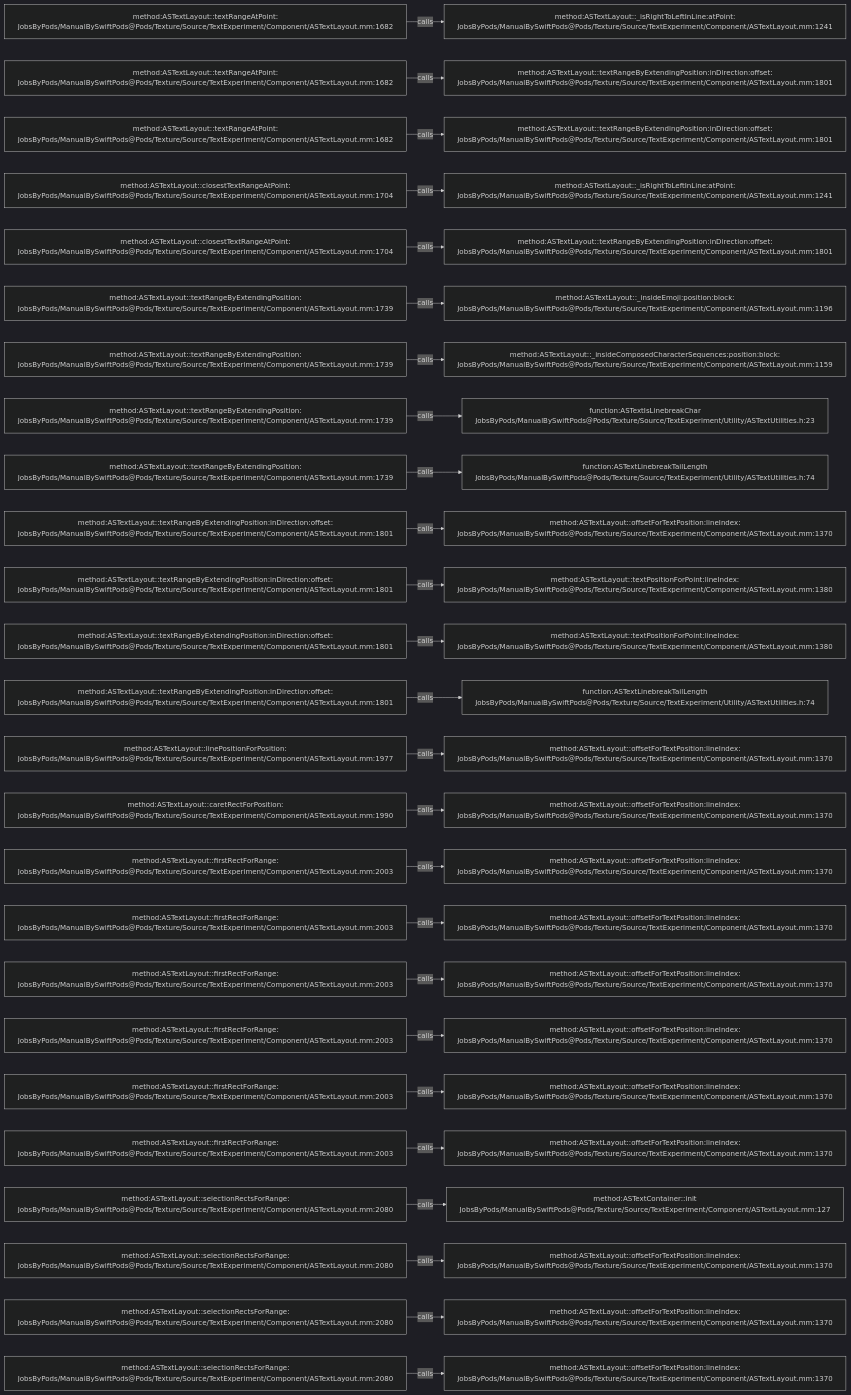
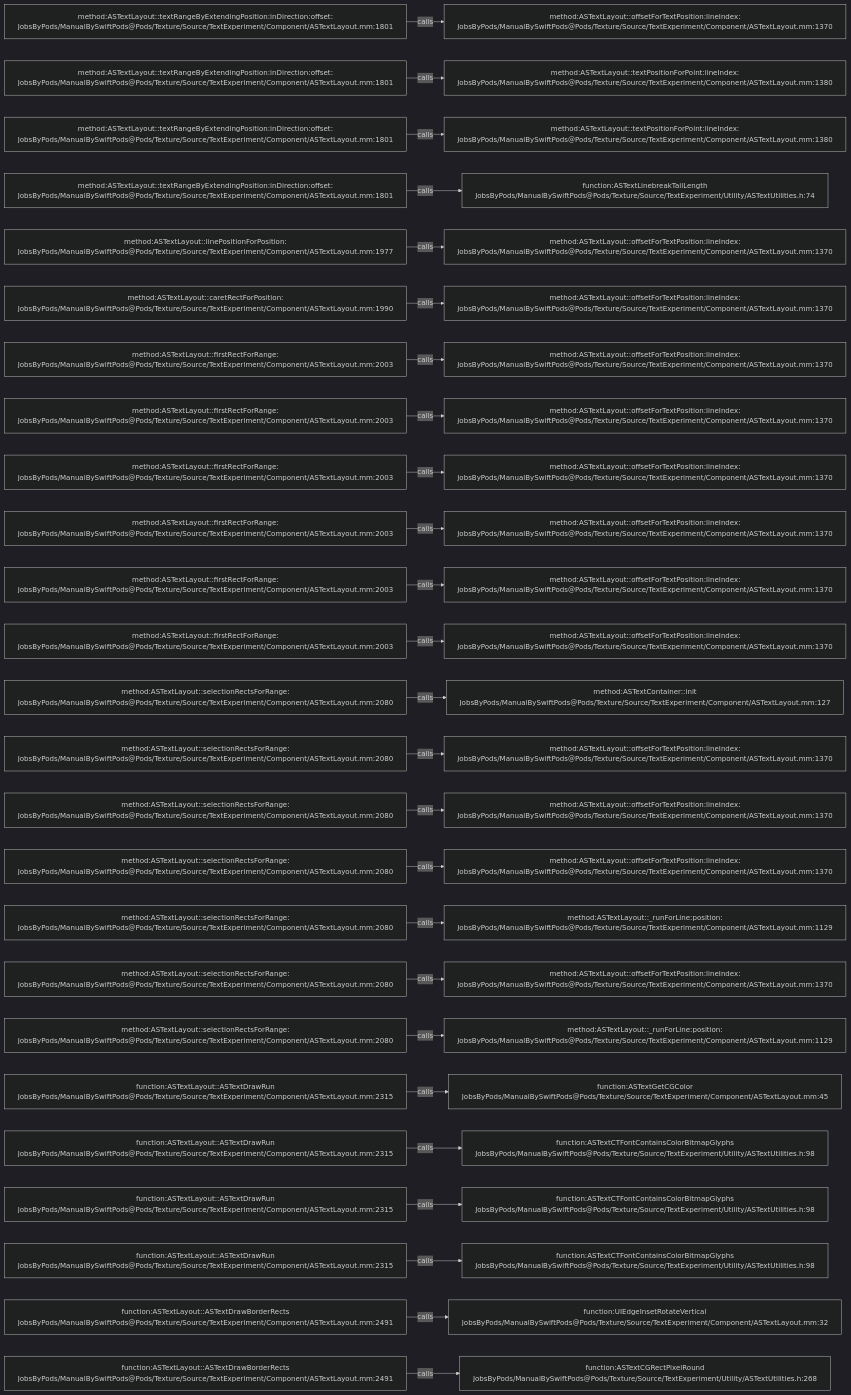
The diagram in .codegraph/codegraph.md/graphs/calls-134.md (JobsKits/JobsSwiftBaseConfigDemo), drawn with Mermaid (dark theme) before and after one commit. The commit also changed 707 other files, not shown here.

````diff
--- a/.codegraph/codegraph.md/graphs/calls-134.md
+++ b/.codegraph/codegraph.md/graphs/calls-134.md
@@ -13,78 +13,78 @@
 ```mermaid
 flowchart LR
-  S1["method:ASTextLayout::textRangeAtPoint:<br/>JobsByPods/ManualBySwiftPods@Pods/Texture/Source/TextExperiment/Component/ASTextLayout.mm:1682"]
-  T1["method:ASTextLayout::_isRightToLeftInLine:atPoint:<br/>JobsByPods/ManualBySwiftPods@Pods/Texture/Source/TextExperiment/Component/ASTextLayout.mm:1241"]
+  S1["method:ASTextLayout::textRangeByExtendingPosition:inDirection:offset:<br/>JobsByPods/ManualBySwiftPods@Pods/Texture/Source/TextExperiment/Component/ASTextLayout.mm:1801"]
+  T1["method:ASTextLayout::offsetForTextPosition:lineIndex:<br/>JobsByPods/ManualBySwiftPods@Pods/Texture/Source/TextExperiment/Component/ASTextLayout.mm:1370"]
   S1 -->|calls| T1
-  S2["method:ASTextLayout::textRangeAtPoint:<br/>JobsByPods/ManualBySwiftPods@Pods/Texture/Source/TextExperiment/Component/ASTextLayout.mm:1682"]
-  T2["method:ASTextLayout::textRangeByExtendingPosition:inDirection:offset:<br/>JobsByPods/ManualBySwiftPods@Pods/Texture/Source/TextExperiment/Component/ASTextLayout.mm:1801"]
+  S2["method:ASTextLayout::textRangeByExtendingPosition:inDirection:offset:<br/>JobsByPods/ManualBySwiftPods@Pods/Texture/Source/TextExperiment/Component/ASTextLayout.mm:1801"]
+  T2["method:ASTextLayout::textPositionForPoint:lineIndex:<br/>JobsByPods/ManualBySwiftPods@Pods/Texture/Source/TextExperiment/Component/ASTextLayout.mm:1380"]
   S2 -->|calls| T2
-  S3["method:ASTextLayout::textRangeAtPoint:<br/>JobsByPods/ManualBySwiftPods@Pods/Texture/Source/TextExperiment/Component/ASTextLayout.mm:1682"]
-  T3["method:ASTextLayout::textRangeByExtendingPosition:inDirection:offset:<br/>JobsByPods/ManualBySwiftPods@Pods/Texture/Source/TextExperiment/Component/ASTextLayout.mm:1801"]
+  S3["method:ASTextLayout::textRangeByExtendingPosition:inDirection:offset:<br/>JobsByPods/ManualBySwiftPods@Pods/Texture/Source/TextExperiment/Component/ASTextLayout.mm:1801"]
+  T3["method:ASTextLayout::textPositionForPoint:lineIndex:<br/>JobsByPods/ManualBySwiftPods@Pods/Texture/Source/TextExperiment/Component/ASTextLayout.mm:1380"]
   S3 -->|calls| T3
-  S4["method:ASTextLayout::closestTextRangeAtPoint:<br/>JobsByPods/ManualBySwiftPods@Pods/Texture/Source/TextExperiment/Component/ASTextLayout.mm:1704"]
-  T4["method:ASTextLayout::_isRightToLeftInLine:atPoint:<br/>JobsByPods/ManualBySwiftPods@Pods/Texture/Source/TextExperiment/Component/ASTextLayout.mm:1241"]
+  S4["method:ASTextLayout::textRangeByExtendingPosition:inDirection:offset:<br/>JobsByPods/ManualBySwiftPods@Pods/Texture/Source/TextExperiment/Component/ASTextLayout.mm:1801"]
+  T4["function:ASTextLinebreakTailLength<br/>JobsByPods/ManualBySwiftPods@Pods/Texture/Source/TextExperiment/Utility/ASTextUtilities.h:74"]
   S4 -->|calls| T4
-  S5["method:ASTextLayout::closestTextRangeAtPoint:<br/>JobsByPods/ManualBySwiftPods@Pods/Texture/Source/TextExperiment/Component/ASTextLayout.mm:1704"]
-  T5["method:ASTextLayout::textRangeByExtendingPosition:inDirection:offset:<br/>JobsByPods/ManualBySwiftPods@Pods/Texture/Source/TextExperiment/Component/ASTextLayout.mm:1801"]
+  S5["method:ASTextLayout::linePositionForPosition:<br/>JobsByPods/ManualBySwiftPods@Pods/Texture/Source/TextExperiment/Component/ASTextLayout.mm:1977"]
+  T5["method:ASTextLayout::offsetForTextPosition:lineIndex:<br/>JobsByPods/ManualBySwiftPods@Pods/Texture/Source/TextExperiment/Component/ASTextLayout.mm:1370"]
   S5 -->|calls| T5
-  S6["method:ASTextLayout::textRangeByExtendingPosition:<br/>JobsByPods/ManualBySwiftPods@Pods/Texture/Source/TextExperiment/Component/ASTextLayout.mm:1739"]
-  T6["method:ASTextLayout::_insideEmoji:position:block:<br/>JobsByPods/ManualBySwiftPods@Pods/Texture/Source/TextExperiment/Component/ASTextLayout.mm:1196"]
+  S6["method:ASTextLayout::caretRectForPosition:<br/>JobsByPods/ManualBySwiftPods@Pods/Texture/Source/TextExperiment/Component/ASTextLayout.mm:1990"]
+  T6["method:ASTextLayout::offsetForTextPosition:lineIndex:<br/>JobsByPods/ManualBySwiftPods@Pods/Texture/Source/TextExperiment/Component/ASTextLayout.mm:1370"]
   S6 -->|calls| T6
-  S7["method:ASTextLayout::textRangeByExtendingPosition:<br/>JobsByPods/ManualBySwiftPods@Pods/Texture/Source/TextExperiment/Component/ASTextLayout.mm:1739"]
-  T7["method:ASTextLayout::_insideComposedCharacterSequences:position:block:<br/>JobsByPods/ManualBySwiftPods@Pods/Texture/Source/TextExperiment/Component/ASTextLayout.mm:1159"]
+  S7["method:ASTextLayout::firstRectForRange:<br/>JobsByPods/ManualBySwiftPods@Pods/Texture/Source/TextExperiment/Component/ASTextLayout.mm:2003"]
+  T7["method:ASTextLayout::offsetForTextPosition:lineIndex:<br/>JobsByPods/ManualBySwiftPods@Pods/Texture/Source/TextExperiment/Component/ASTextLayout.mm:1370"]
   S7 -->|calls| T7
-  S8["method:ASTextLayout::textRangeByExtendingPosition:<br/>JobsByPods/ManualBySwiftPods@Pods/Texture/Source/TextExperiment/Component/ASTextLayout.mm:1739"]
-  T8["function:ASTextIsLinebreakChar<br/>JobsByPods/ManualBySwiftPods@Pods/Texture/Source/TextExperiment/Utility/ASTextUtilities.h:23"]
+  S8["method:ASTextLayout::firstRectForRange:<br/>JobsByPods/ManualBySwiftPods@Pods/Texture/Source/TextExperiment/Component/ASTextLayout.mm:2003"]
+  T8["method:ASTextLayout::offsetForTextPosition:lineIndex:<br/>JobsByPods/ManualBySwiftPods@Pods/Texture/Source/TextExperiment/Component/ASTextLayout.mm:1370"]
   S8 -->|calls| T8
-  S9["method:ASTextLayout::textRangeByExtendingPosition:<br/>JobsByPods/ManualBySwiftPods@Pods/Texture/Source/TextExperiment/Component/ASTextLayout.mm:1739"]
-  T9["function:ASTextLinebreakTailLength<br/>JobsByPods/ManualBySwiftPods@Pods/Texture/Source/TextExperiment/Utility/ASTextUtilities.h:74"]
+  S9["method:ASTextLayout::firstRectForRange:<br/>JobsByPods/ManualBySwiftPods@Pods/Texture/Source/TextExperiment/Component/ASTextLayout.mm:2003"]
+  T9["method:ASTextLayout::offsetForTextPosition:lineIndex:<br/>JobsByPods/ManualBySwiftPods@Pods/Texture/Source/TextExperiment/Component/ASTextLayout.mm:1370"]
   S9 -->|calls| T9
-  S10["method:ASTextLayout::textRangeByExtendingPosition:inDirection:offset:<br/>JobsByPods/ManualBySwiftPods@Pods/Texture/Source/TextExperiment/Component/ASTextLayout.mm:1801"]
+  S10["method:ASTextLayout::firstRectForRange:<br/>JobsByPods/ManualBySwiftPods@Pods/Texture/Source/TextExperiment/Component/ASTextLayout.mm:2003"]
   T10["method:ASTextLayout::offsetForTextPosition:lineIndex:<br/>JobsByPods/ManualBySwiftPods@Pods/Texture/Source/TextExperiment/Component/ASTextLayout.mm:1370"]
   S10 -->|calls| T10
-  S11["method:ASTextLayout::textRangeByExtendingPosition:inDirection:offset:<br/>JobsByPods/ManualBySwiftPods@Pods/Texture/Source/TextExperiment/Component/ASTextLayout.mm:1801"]
-  T11["method:ASTextLayout::textPositionForPoint:lineIndex:<br/>JobsByPods/ManualBySwiftPods@Pods/Texture/Source/TextExperiment/Component/ASTextLayout.mm:1380"]
+  S11["method:ASTextLayout::firstRectForRange:<br/>JobsByPods/ManualBySwiftPods@Pods/Texture/Source/TextExperiment/Component/ASTextLayout.mm:2003"]
+  T11["method:ASTextLayout::offsetForTextPosition:lineIndex:<br/>JobsByPods/ManualBySwiftPods@Pods/Texture/Source/TextExperiment/Component/ASTextLayout.mm:1370"]
   S11 -->|calls| T11
-  S12["method:ASTextLayout::textRangeByExtendingPosition:inDirection:offset:<br/>JobsByPods/ManualBySwiftPods@Pods/Texture/Source/TextExperiment/Component/ASTextLayout.mm:1801"]
-  T12["method:ASTextLayout::textPositionForPoint:lineIndex:<br/>JobsByPods/ManualBySwiftPods@Pods/Texture/Source/TextExperiment/Component/ASTextLayout.mm:1380"]
+  S12["method:ASTextLayout::firstRectForRange:<br/>JobsByPods/ManualBySwiftPods@Pods/Texture/Source/TextExperiment/Component/ASTextLayout.mm:2003"]
+  T12["method:ASTextLayout::offsetForTextPosition:lineIndex:<br/>JobsByPods/ManualBySwiftPods@Pods/Texture/Source/TextExperiment/Component/ASTextLayout.mm:1370"]
   S12 -->|calls| T12
-  S13["method:ASTextLayout::textRangeByExtendingPosition:inDirection:offset:<br/>JobsByPods/ManualBySwiftPods@Pods/Texture/Source/TextExperiment/Component/ASTextLayout.mm:1801"]
-  T13["function:ASTextLinebreakTailLength<br/>JobsByPods/ManualBySwiftPods@Pods/Texture/Source/TextExperiment/Utility/ASTextUtilities.h:74"]
+  S13["method:ASTextLayout::selectionRectsForRange:<br/>JobsByPods/ManualBySwiftPods@Pods/Texture/Source/TextExperiment/Component/ASTextLayout.mm:2080"]
+  T13["method:ASTextContainer::init<br/>JobsByPods/ManualBySwiftPods@Pods/Texture/Source/TextExperiment/Component/ASTextLayout.mm:127"]
   S13 -->|calls| T13
-  S14["method:ASTextLayout::linePositionForPosition:<br/>JobsByPods/ManualBySwiftPods@Pods/Texture/Source/TextExperiment/Component/ASTextLayout.mm:1977"]
+  S14["method:ASTextLayout::selectionRectsForRange:<br/>JobsByPods/ManualBySwiftPods@Pods/Texture/Source/TextExperiment/Component/ASTextLayout.mm:2080"]
   T14["method:ASTextLayout::offsetForTextPosition:lineIndex:<br/>JobsByPods/ManualBySwiftPods@Pods/Texture/Source/TextExperiment/Component/ASTextLayout.mm:1370"]
   S14 -->|calls| T14
-  S15["method:ASTextLayout::caretRectForPosition:<br/>JobsByPods/ManualBySwiftPods@Pods/Texture/Source/TextExperiment/Component/ASTextLayout.mm:1990"]
+  S15["method:ASTextLayout::selectionRectsForRange:<br/>JobsByPods/ManualBySwiftPods@Pods/Texture/Source/TextExperiment/Component/ASTextLayout.mm:2080"]
   T15["method:ASTextLayout::offsetForTextPosition:lineIndex:<br/>JobsByPods/ManualBySwiftPods@Pods/Texture/Source/TextExperiment/Component/ASTextLayout.mm:1370"]
   S15 -->|calls| T15
-  S16["method:ASTextLayout::firstRectForRange:<br/>JobsByPods/ManualBySwiftPods@Pods/Texture/Source/TextExperiment/Component/ASTextLayout.mm:2003"]
+  S16["method:ASTextLayout::selectionRectsForRange:<br/>JobsByPods/ManualBySwiftPods@Pods/Texture/Source/TextExperiment/Component/ASTextLayout.mm:2080"]
   T16["method:ASTextLayout::offsetForTextPosition:lineIndex:<br/>JobsByPods/ManualBySwiftPods@Pods/Texture/Source/TextExperiment/Component/ASTextLayout.mm:1370"]
   S16 -->|calls| T16
-  S17["method:ASTextLayout::firstRectForRange:<br/>JobsByPods/ManualBySwiftPods@Pods/Texture/Source/TextExperiment/Component/ASTextLayout.mm:2003"]
-  T17["method:ASTextLayout::offsetForTextPosition:lineIndex:<br/>JobsByPods/ManualBySwiftPods@Pods/Texture/Source/TextExperiment/Component/ASTextLayout.mm:1370"]
+  S17["method:ASTextLayout::selectionRectsForRange:<br/>JobsByPods/ManualBySwiftPods@Pods/Texture/Source/TextExperiment/Component/ASTextLayout.mm:2080"]
+  T17["method:ASTextLayout::_runForLine:position:<br/>JobsByPods/ManualBySwiftPods@Pods/Texture/Source/TextExperiment/Component/ASTextLayout.mm:1129"]
   S17 -->|calls| T17
-  S18["method:ASTextLayout::firstRectForRange:<br/>JobsByPods/ManualBySwiftPods@Pods/Texture/Source/TextExperiment/Component/ASTextLayout.mm:2003"]
+  S18["method:ASTextLayout::selectionRectsForRange:<br/>JobsByPods/ManualBySwiftPods@Pods/Texture/Source/TextExperiment/Component/ASTextLayout.mm:2080"]
   T18["method:ASTextLayout::offsetForTextPosition:lineIndex:<br/>JobsByPods/ManualBySwiftPods@Pods/Texture/Source/TextExperiment/Component/ASTextLayout.mm:1370"]
   S18 -->|calls| T18
-  S19["method:ASTextLayout::firstRectForRange:<br/>JobsByPods/ManualBySwiftPods@Pods/Texture/Source/TextExperiment/Component/ASTextLayout.mm:2003"]
-  T19["method:ASTextLayout::offsetForTextPosition:lineIndex:<br/>JobsByPods/ManualBySwiftPods@Pods/Texture/Source/TextExperiment/Component/ASTextLayout.mm:1370"]
+  S19["method:ASTextLayout::selectionRectsForRange:<br/>JobsByPods/ManualBySwiftPods@Pods/Texture/Source/TextExperiment/Component/ASTextLayout.mm:2080"]
+  T19["method:ASTextLayout::_runForLine:position:<br/>JobsByPods/ManualBySwiftPods@Pods/Texture/Source/TextExperiment/Component/ASTextLayout.mm:1129"]
   S19 -->|calls| T19
-  S20["method:ASTextLayout::firstRectForRange:<br/>JobsByPods/ManualBySwiftPods@Pods/Texture/Source/TextExperiment/Component/ASTextLayout.mm:2003"]
-  T20["method:ASTextLayout::offsetForTextPosition:lineIndex:<br/>JobsByPods/ManualBySwiftPods@Pods/Texture/Source/TextExperiment/Component/ASTextLayout.mm:1370"]
+  S20["function:ASTextLayout::ASTextDrawRun<br/>JobsByPods/ManualBySwiftPods@Pods/Texture/Source/TextExperiment/Component/ASTextLayout.mm:2315"]
+  T20["function:ASTextGetCGColor<br/>JobsByPods/ManualBySwiftPods@Pods/Texture/Source/TextExperiment/Component/ASTextLayout.mm:45"]
   S20 -->|calls| T20
-  S21["method:ASTextLayout::firstRectForRange:<br/>JobsByPods/ManualBySwiftPods@Pods/Texture/Source/TextExperiment/Component/ASTextLayout.mm:2003"]
-  T21["method:ASTextLayout::offsetForTextPosition:lineIndex:<br/>JobsByPods/ManualBySwiftPods@Pods/Texture/Source/TextExperiment/Component/ASTextLayout.mm:1370"]
+  S21["function:ASTextLayout::ASTextDrawRun<br/>JobsByPods/ManualBySwiftPods@Pods/Texture/Source/TextExperiment/Component/ASTextLayout.mm:2315"]
+  T21["function:ASTextCTFontContainsColorBitmapGlyphs<br/>JobsByPods/ManualBySwiftPods@Pods/Texture/Source/TextExperiment/Utility/ASTextUtilities.h:98"]
   S21 -->|calls| T21
-  S22["method:ASTextLayout::selectionRectsForRange:<br/>JobsByPods/ManualBySwiftPods@Pods/Texture/Source/TextExperiment/Component/ASTextLayout.mm:2080"]
-  T22["method:ASTextContainer::init<br/>JobsByPods/ManualBySwiftPods@Pods/Texture/Source/TextExperiment/Component/ASTextLayout.mm:127"]
+  S22["function:ASTextLayout::ASTextDrawRun<br/>JobsByPods/ManualBySwiftPods@Pods/Texture/Source/TextExperiment/Component/ASTextLayout.mm:2315"]
+  T22["function:ASTextCTFontContainsColorBitmapGlyphs<br/>JobsByPods/ManualBySwiftPods@Pods/Texture/Source/TextExperiment/Utility/ASTextUtilities.h:98"]
   S22 -->|calls| T22
-  S23["method:ASTextLayout::selectionRectsForRange:<br/>JobsByPods/ManualBySwiftPods@Pods/Texture/Source/TextExperiment/Component/ASTextLayout.mm:2080"]
-  T23["method:ASTextLayout::offsetForTextPosition:lineIndex:<br/>JobsByPods/ManualBySwiftPods@Pods/Texture/Source/TextExperiment/Component/ASTextLayout.mm:1370"]
+  S23["function:ASTextLayout::ASTextDrawRun<br/>JobsByPods/ManualBySwiftPods@Pods/Texture/Source/TextExperiment/Component/ASTextLayout.mm:2315"]
+  T23["function:ASTextCTFontContainsColorBitmapGlyphs<br/>JobsByPods/ManualBySwiftPods@Pods/Texture/Source/TextExperiment/Utility/ASTextUtilities.h:98"]
   S23 -->|calls| T23
-  S24["method:ASTextLayout::selectionRectsForRange:<br/>JobsByPods/ManualBySwiftPods@Pods/Texture/Source/TextExperiment/Component/ASTextLayout.mm:2080"]
-  T24["method:ASTextLayout::offsetForTextPosition:lineIndex:<br/>JobsByPods/ManualBySwiftPods@Pods/Texture/Source/TextExperiment/Component/ASTextLayout.mm:1370"]
+  S24["function:ASTextLayout::ASTextDrawBorderRects<br/>JobsByPods/ManualBySwiftPods@Pods/Texture/Source/TextExperiment/Component/ASTextLayout.mm:2491"]
+  T24["function:UIEdgeInsetRotateVertical<br/>JobsByPods/ManualBySwiftPods@Pods/Texture/Source/TextExperiment/Component/ASTextLayout.mm:32"]
   S24 -->|calls| T24
-  S25["method:ASTextLayout::selectionRectsForRange:<br/>JobsByPods/ManualBySwiftPods@Pods/Texture/Source/TextExperiment/Component/ASTextLayout.mm:2080"]
-  T25["method:ASTextLayout::offsetForTextPosition:lineIndex:<br/>JobsByPods/ManualBySwiftPods@Pods/Texture/Source/TextExperiment/Component/ASTextLayout.mm:1370"]
+  S25["function:ASTextLayout::ASTextDrawBorderRects<br/>JobsByPods/ManualBySwiftPods@Pods/Texture/Source/TextExperiment/Component/ASTextLayout.mm:2491"]
+  T25["function:ASTextCGRectPixelRound<br/>JobsByPods/ManualBySwiftPods@Pods/Texture/Source/TextExperiment/Utility/ASTextUtilities.h:268"]
   S25 -->|calls| T25
 ```
````
